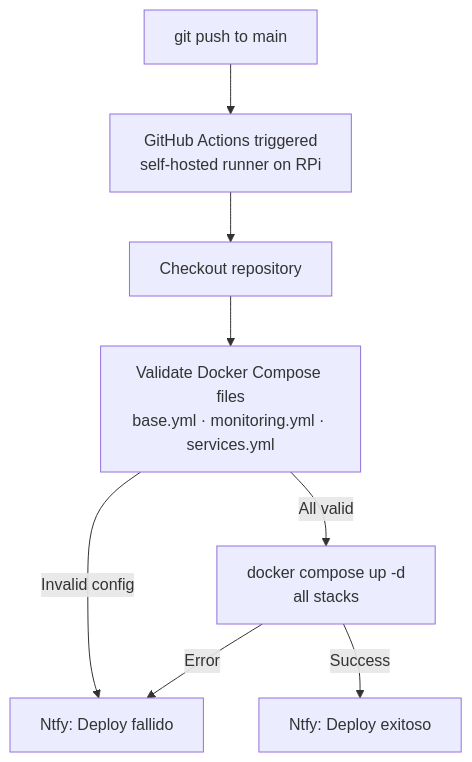
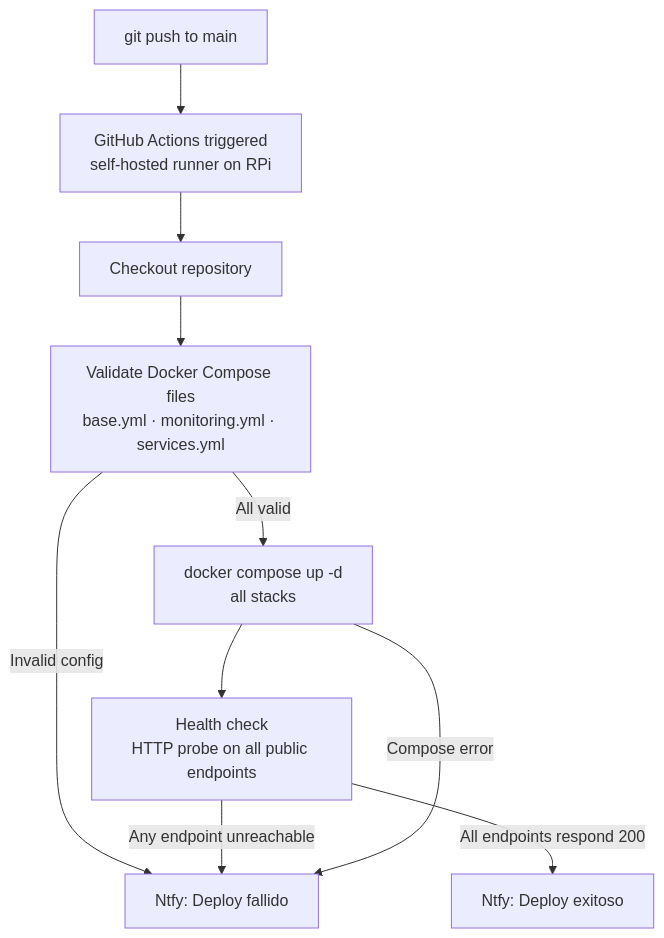
One commit to HuguitoH/Homelab changed the sixth of 6 diagrams in README.md. Above: the diagram before and after it, drawn with Mermaid. The commit also changed other lines of this file, not shown here.

````diff
--- a/README.md
+++ b/README.md
@@ -282,10 +334,12 @@
 ```mermaid
 flowchart TD
     Push["git push to main"] --> Trigger["GitHub Actions triggered\nself-hosted runner on RPi"]
     Trigger --> Checkout["Checkout repository"]
     Checkout --> Validate["Validate Docker Compose files\nbase.yml · monitoring.yml · services.yml"]
     Validate -->|"Invalid config"| FailNotify["Ntfy: Deploy fallido"]
     Validate -->|"All valid"| Deploy["docker compose up -d\nall stacks"]
-    Deploy -->|"Success"| SuccessNotify["Ntfy: Deploy exitoso"]
-    Deploy -->|"Error"| FailNotify
+    Deploy --> Health["Health check\nHTTP probe on all public endpoints"]
+    Health -->|"Any endpoint unreachable"| FailNotify
+    Health -->|"All endpoints respond 200"| SuccessNotify["Ntfy: Deploy exitoso"]
+    Deploy -->|"Compose error"| FailNotify
 ```
````
